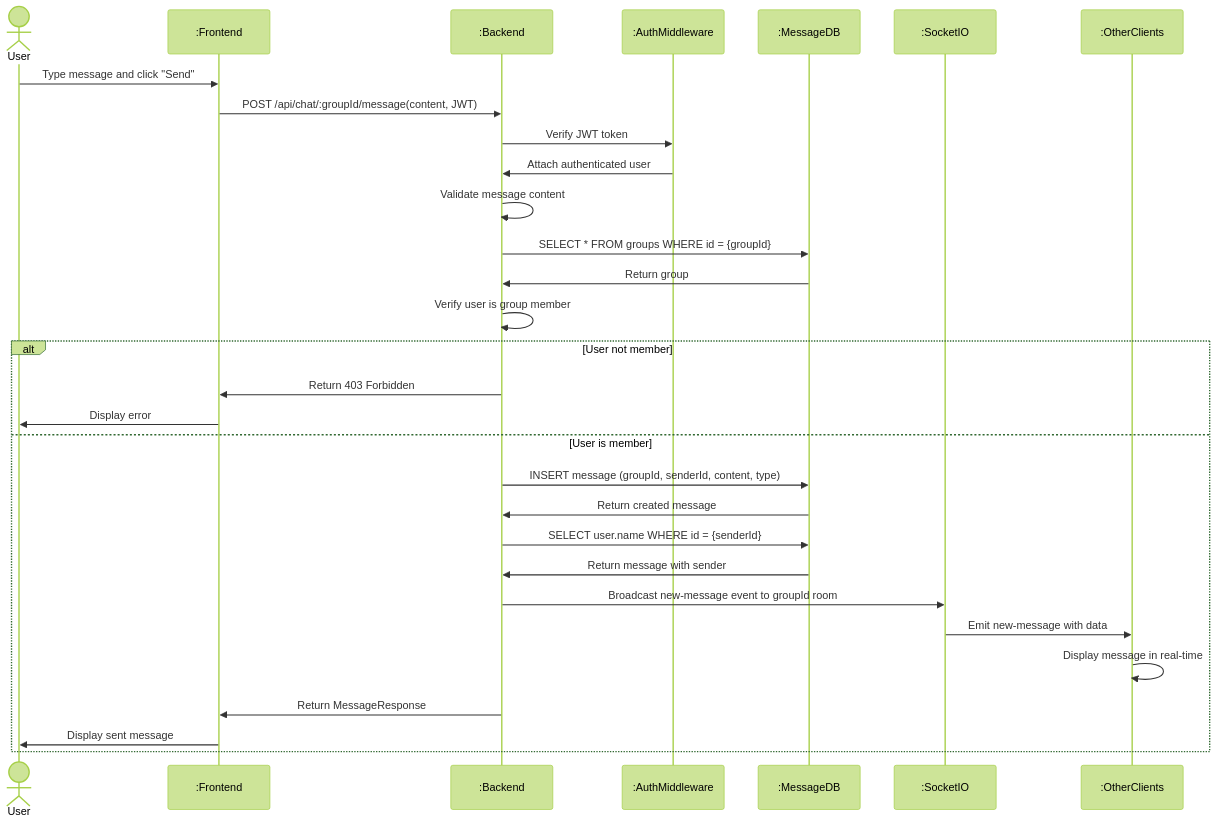
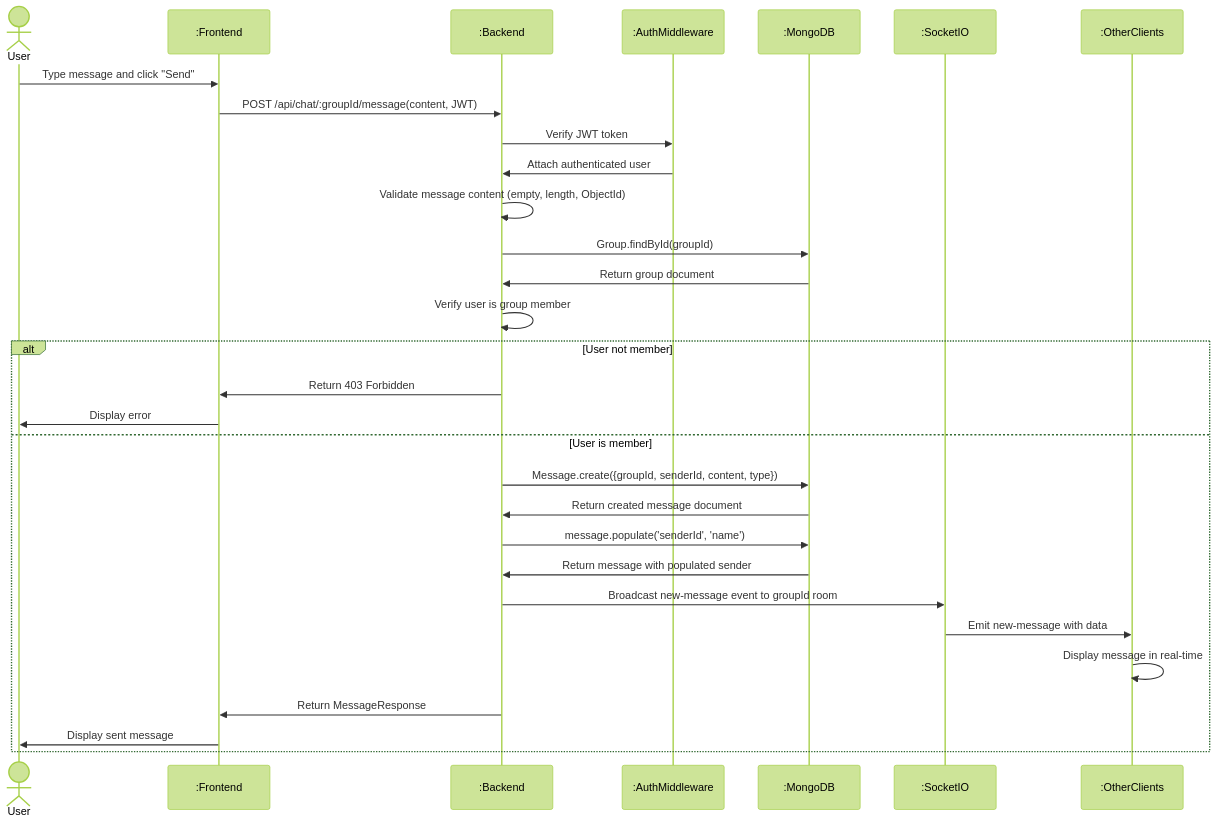
The second of 4 diagrams in documentation/Requirements_and_Design.md (Lucas-Song-Dev/Cpen321-group-project), drawn with Mermaid (forest theme) before and after one commit. The commit also changed other lines of this file, not shown here.

````diff
--- a/documentation/Requirements_and_Design.md
+++ b/documentation/Requirements_and_Design.md
@@ -641,33 +641,33 @@
 ```mermaid
 sequenceDiagram
     actor User
     participant F as :Frontend
     participant B as :Backend
     participant M as :AuthMiddleware
-    participant D as :MessageDB
+    participant D as :MongoDB
     participant S as :SocketIO
     participant O as :OtherClients
 
     User->>F: Type message and click "Send"
     F->>B: POST /api/chat/:groupId/message(content, JWT)
     B->>M: Verify JWT token
     M->>B: Attach authenticated user
-    B->>B: Validate message content
-    B->>D: SELECT * FROM groups WHERE id = {groupId}
-    D->>B: Return group
+    B->>B: Validate message content (empty, length, ObjectId)
+    B->>D: Group.findById(groupId)
+    D->>B: Return group document
     B->>B: Verify user is group member
     alt User not member
         B->>F: Return 403 Forbidden
         F->>User: Display error
     else User is member
-        B->>D: INSERT message (groupId, senderId, content, type)
-        D->>B: Return created message
-        B->>D: SELECT user.name WHERE id = {senderId}
-        D->>B: Return message with sender
+        B->>D: Message.create({groupId, senderId, content, type})
+        D->>B: Return created message document
+        B->>D: message.populate('senderId', 'name')
+        D->>B: Return message with populated sender
         B->>S: Broadcast new-message event to groupId room
         S->>O: Emit new-message with data
         O->>O: Display message in real-time
         B->>F: Return MessageResponse
         F->>User: Display sent message
     end
 ```
````
